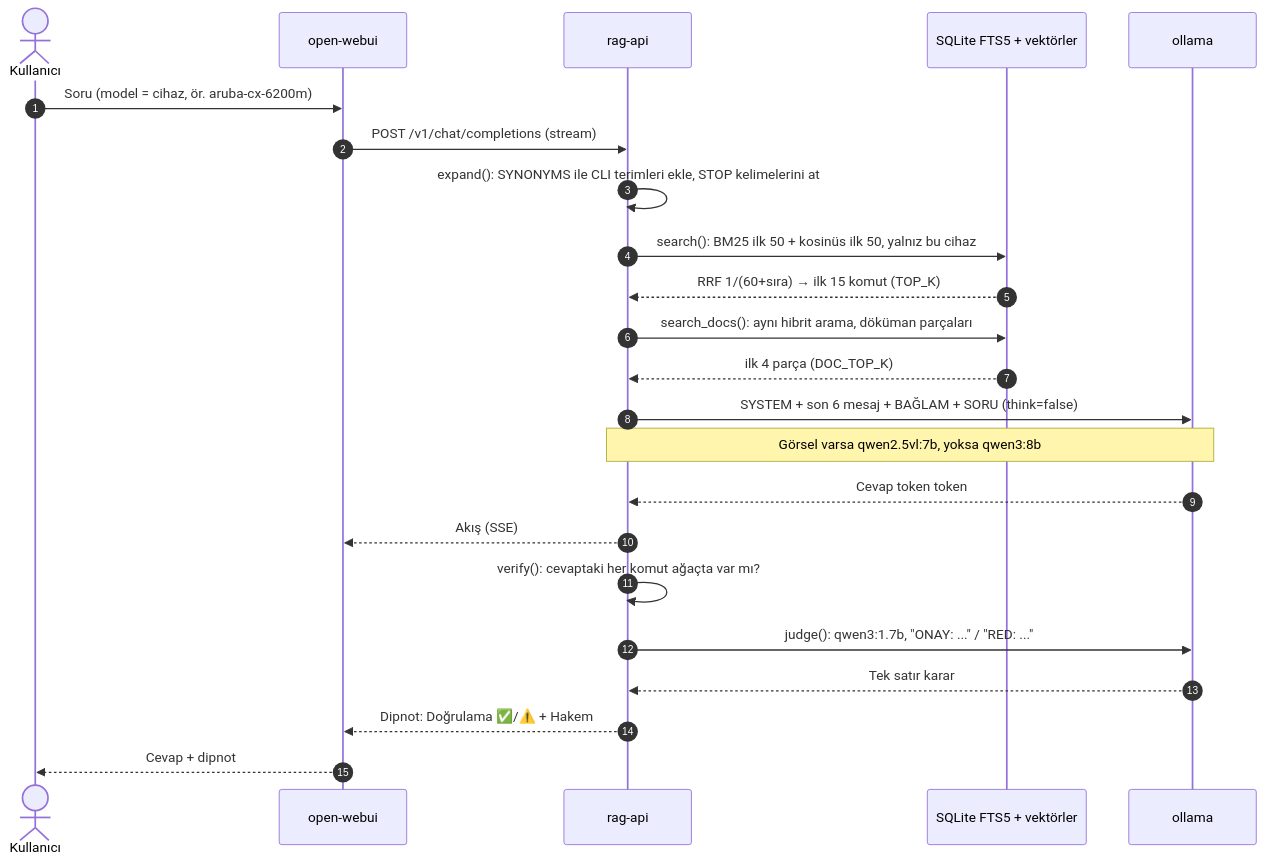
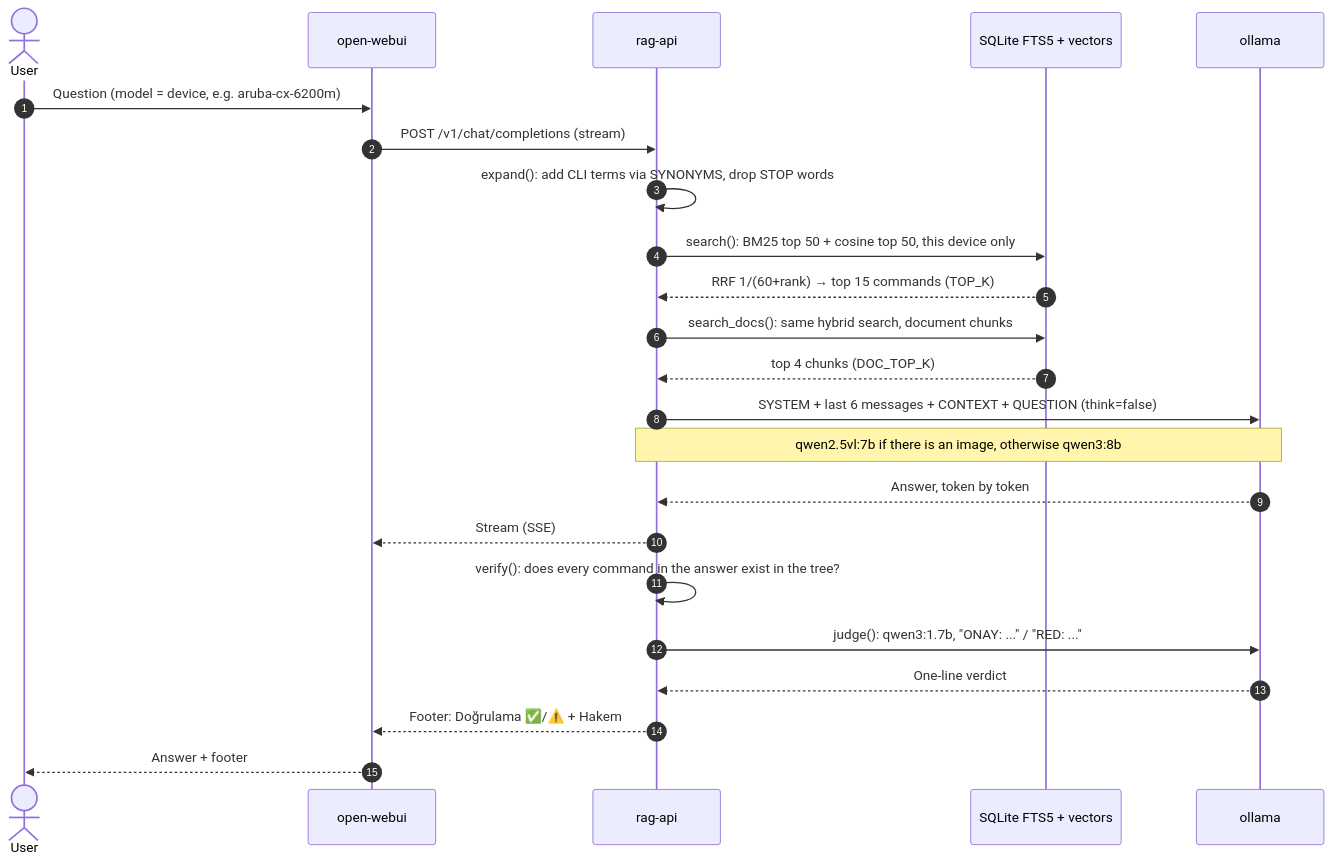
One commit to emreyigit-tasdelen/Sensei-Aruba changed the second of 4 diagrams in README.md. Above: the diagram before and after it, drawn with Mermaid. The commit also changed other lines of this file and 16 other files, not shown here.

````diff
--- a/README.md
+++ b/README.md
@@ -116,26 +119,26 @@
 ```mermaid
 sequenceDiagram
     autonumber
-    actor U as Kullanıcı
+    actor U as User
     participant W as open-webui
     participant R as rag-api
-    participant DB as SQLite FTS5 + vektörler
+    participant DB as SQLite FTS5 + vectors
     participant O as ollama
 
-    U->>W: Soru (model = cihaz, ör. aruba-cx-6200m)
+    U->>W: Question (model = device, e.g. aruba-cx-6200m)
     W->>R: POST /v1/chat/completions (stream)
-    R->>R: expand(): SYNONYMS ile CLI terimleri ekle, STOP kelimelerini at
-    R->>DB: search(): BM25 ilk 50 + kosinüs ilk 50, yalnız bu cihaz
-    DB-->>R: RRF 1/(60+sıra) → ilk 15 komut (TOP_K)
-    R->>DB: search_docs(): aynı hibrit arama, döküman parçaları
-    DB-->>R: ilk 4 parça (DOC_TOP_K)
-    R->>O: SYSTEM + son 6 mesaj + BAĞLAM + SORU (think=false)
-    Note over R,O: Görsel varsa qwen2.5vl:7b, yoksa qwen3:8b
-    O-->>R: Cevap token token
-    R-->>W: Akış (SSE)
-    R->>R: verify(): cevaptaki her komut ağaçta var mı?
+    R->>R: expand(): add CLI terms via SYNONYMS, drop STOP words
+    R->>DB: search(): BM25 top 50 + cosine top 50, this device only
+    DB-->>R: RRF 1/(60+rank) → top 15 commands (TOP_K)
+    R->>DB: search_docs(): same hybrid search, document chunks
+    DB-->>R: top 4 chunks (DOC_TOP_K)
+    R->>O: SYSTEM + last 6 messages + CONTEXT + QUESTION (think=false)
+    Note over R,O: qwen2.5vl:7b if there is an image, otherwise qwen3:8b
+    O-->>R: Answer, token by token
+    R-->>W: Stream (SSE)
+    R->>R: verify(): does every command in the answer exist in the tree?
     R->>O: judge(): qwen3:1.7b, "ONAY: ..." / "RED: ..."
-    O-->>R: Tek satır karar
-    R-->>W: Dipnot: Doğrulama ✅/⚠️ + Hakem
-    W-->>U: Cevap + dipnot
+    O-->>R: One-line verdict
+    R-->>W: Footer: Doğrulama ✅/⚠️ + Hakem
+    W-->>U: Answer + footer
 ```
````
